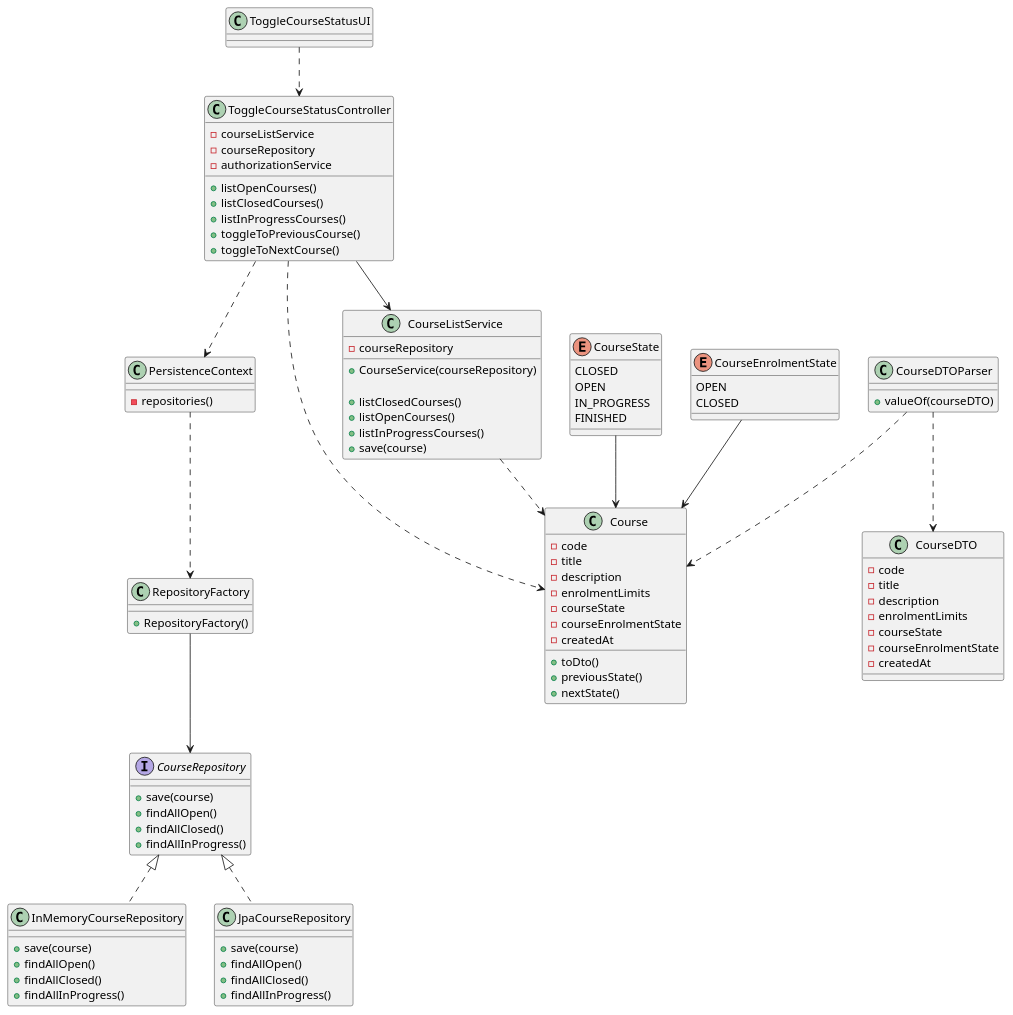
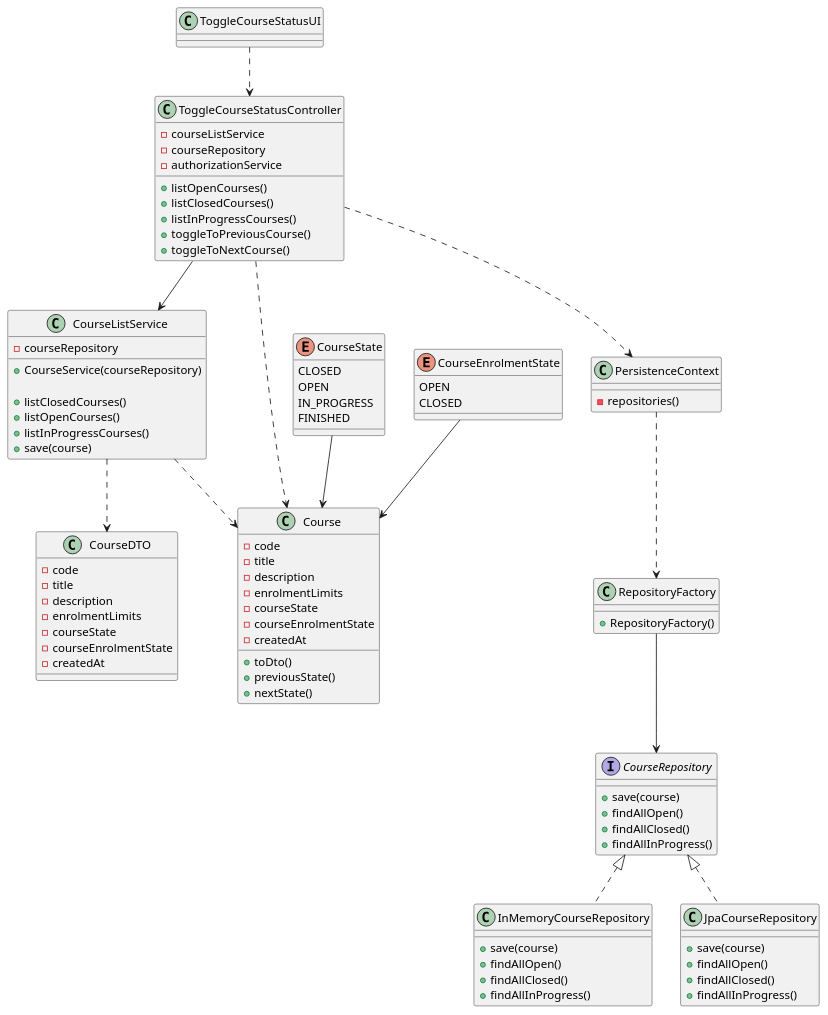
One commit to miseEnPlace-dev/lapr4 changed the diagram in docs/sprint-b/us10-1004/US1004_CD.puml. Above: the diagram before and after it, drawn with PlantUML. The commit also changed 3 other files, not shown here.

```diff
--- a/docs/sprint-b/us10-1004/US1004_CD.puml
+++ b/docs/sprint-b/us10-1004/US1004_CD.puml
@@ -1,118 +1,113 @@
 @startuml US1004_CD
 
 class ToggleCourseStatusUI {
 
 }
 
 class ToggleCourseStatusController {
 - courseListService
 - courseRepository
 - authorizationService
 + listOpenCourses()
 + listClosedCourses()
 + listInProgressCourses()
 + toggleToPreviousCourse()
 + toggleToNextCourse()
 }
 
 
 class Course {
   - code
   - title
   - description
   - enrolmentLimits
   - courseState
   - courseEnrolmentState
   - createdAt
   + toDto()
   + previousState()
   + nextState()
 }
 
 class RepositoryFactory {
   + RepositoryFactory()
 }
 
 interface CourseRepository {
   + save(course)
   + findAllOpen()
   + findAllClosed()
   + findAllInProgress()
 }
 
 class CourseListService {
   - courseRepository
 
   + CourseService(courseRepository)
 
   + listClosedCourses()
   + listOpenCourses()
   + listInProgressCourses()
   + save(course)
 }
 
 class CourseDTO {
   - code
   - title
   - description
   - enrolmentLimits
   - courseState
   - courseEnrolmentState
   - createdAt
 }
 
-class CourseDTOParser {
-  + valueOf(courseDTO)
-}
-
-
 class InMemoryCourseRepository {
   + save(course)
   + findAllOpen()
   + findAllClosed()
   + findAllInProgress()
 }
 
 class JpaCourseRepository {
   + save(course)
   + findAllOpen()
   + findAllClosed()
   + findAllInProgress()
 }
 
 class PersistenceContext {
   - repositories()
 }
 
 
 enum CourseState {
   CLOSED
   OPEN
   IN_PROGRESS
   FINISHED
 }
 
+
+
 enum CourseEnrolmentState {
   OPEN
   CLOSED
 }
 
 CourseState --> Course
 CourseEnrolmentState --> Course
 
 PersistenceContext ..> RepositoryFactory
 RepositoryFactory --> CourseRepository
 
 CourseRepository <|.. InMemoryCourseRepository
 CourseRepository <|.. JpaCourseRepository
 ToggleCourseStatusController ..> PersistenceContext
 ToggleCourseStatusController ..> Course
 ToggleCourseStatusUI ..> ToggleCourseStatusController
 
 CourseListService ..> Course
+CourseListService ..> CourseDTO
 ToggleCourseStatusController --> CourseListService
 
-CourseDTOParser ..> CourseDTO
-CourseDTOParser ..> Course
-
 @enduml
```
